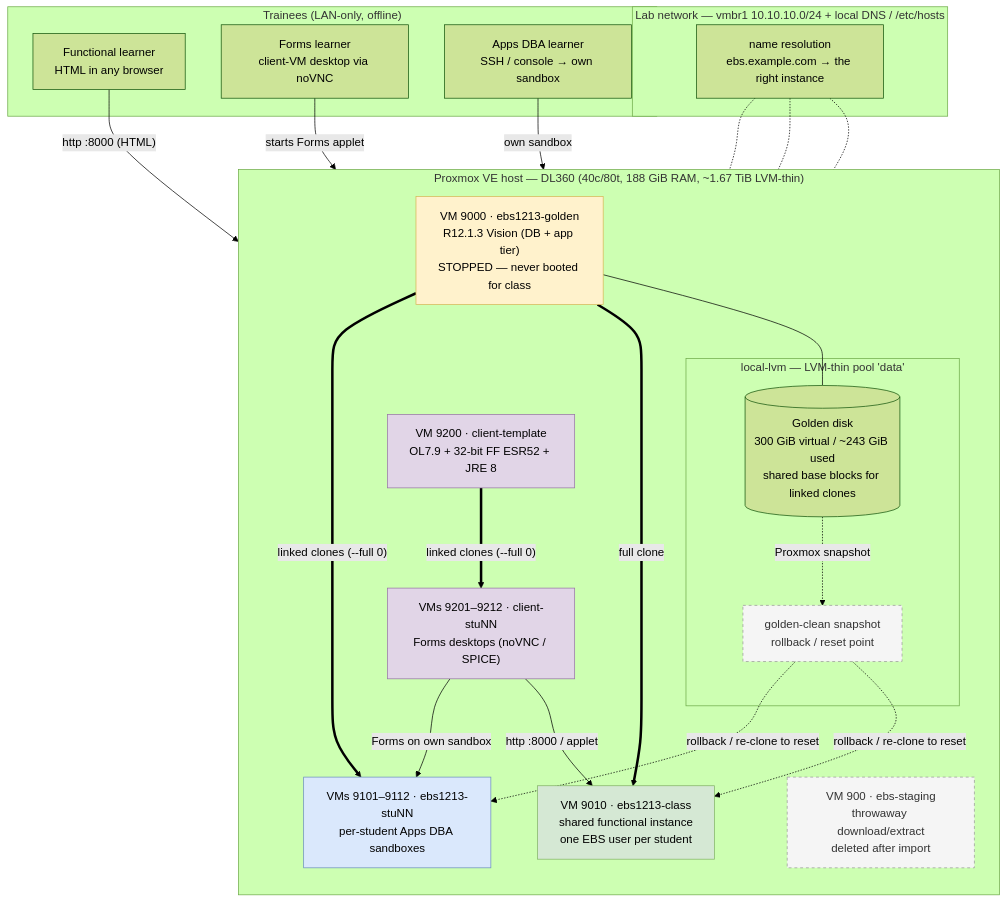
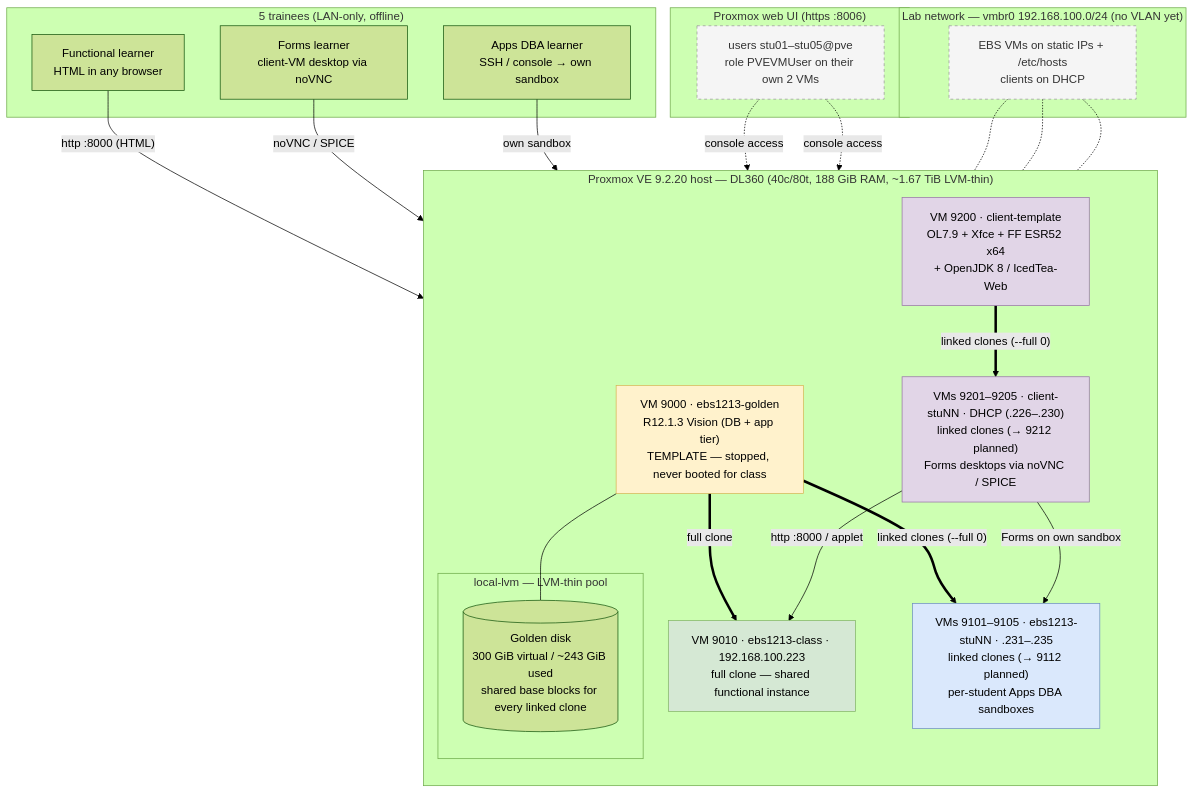
The diagram in README.md (CodelineAtyab/OracleEBSLocalHosting), drawn with Mermaid (forest theme) before and after one commit. The commit also changed other lines of this file and 5 other files, not shown here.

Commit message:
EBS setup and works for 5 trainees (extendable)

````diff
--- a/README.md
+++ b/README.md
@@ -57,57 +63,58 @@
 ```mermaid
 flowchart TB
-    subgraph HOST["Proxmox VE host — DL360 (40c/80t, 188 GiB RAM, ~1.67 TiB LVM-thin)"]
+    subgraph HOST["Proxmox VE 9.2.20 host — DL360 (40c/80t, 188 GiB RAM, ~1.67 TiB LVM-thin)"]
         direction TB
 
-        subgraph STORE["local-lvm — LVM-thin pool 'data'"]
-            GOLDDISK[("Golden disk<br/>300 GiB virtual / ~243 GiB used<br/>shared base blocks for linked clones")]
-            SNAP["golden-clean snapshot<br/>rollback / reset point"]
-            GOLDDISK -.->|"Proxmox snapshot"| SNAP
+        subgraph STORE["local-lvm — LVM-thin pool"]
+            GOLDDISK[("Golden disk<br/>300 GiB virtual / ~243 GiB used<br/>shared base blocks for every linked clone")]
         end
 
-        GOLDEN["VM 9000 · ebs1213-golden<br/>R12.1.3 Vision (DB + app tier)<br/>STOPPED — never booted for class"]
-        STAGE["VM 900 · ebs-staging<br/>throwaway download/extract<br/>deleted after import"]
+        GOLDEN["VM 9000 · ebs1213-golden<br/>R12.1.3 Vision (DB + app tier)<br/>TEMPLATE — stopped, never booted for class"]
         GOLDEN --- GOLDDISK
 
-        CLASS["VM 9010 · ebs1213-class<br/>shared functional instance<br/>one EBS user per student"]
-        EBSBOX["VMs 9101–9112 · ebs1213-stuNN<br/>per-student Apps DBA sandboxes"]
-        CTMPL["VM 9200 · client-template<br/>OL7.9 + 32-bit FF ESR52 + JRE 8"]
-        CLIENT["VMs 9201–9212 · client-stuNN<br/>Forms desktops (noVNC / SPICE)"]
+        CLASS["VM 9010 · ebs1213-class · 192.168.100.223<br/>full clone — shared functional instance"]
+        EBSBOX["VMs 9101–9105 · ebs1213-stuNN · .231–.235<br/>linked clones (→ 9112 planned)<br/>per-student Apps DBA sandboxes"]
+        CTMPL["VM 9200 · client-template<br/>OL7.9 + Xfce + FF ESR52 x64<br/>+ OpenJDK 8 / IcedTea-Web"]
+        CLIENT["VMs 9201–9205 · client-stuNN · DHCP (.226–.230)<br/>linked clones (→ 9212 planned)<br/>Forms desktops via noVNC / SPICE"]
 
         GOLDEN ==>|"full clone"| CLASS
         GOLDEN ==>|"linked clones (--full 0)"| EBSBOX
         CTMPL ==>|"linked clones (--full 0)"| CLIENT
-        SNAP -.->|"rollback / re-clone to reset"| CLASS
-        SNAP -.->|"rollback / re-clone to reset"| EBSBOX
     end
 
-    subgraph NET["Lab network — vmbr1 10.10.10.0/24 + local DNS / /etc/hosts"]
-        DNS["name resolution<br/>ebs.example.com → the right instance"]
+    subgraph NET["Lab network — vmbr0 192.168.100.0/24 (no VLAN yet)"]
+        IPADDR["EBS VMs on static IPs + /etc/hosts<br/>clients on DHCP"]
     end
 
-    subgraph WHO["Trainees (LAN-only, offline)"]
+    subgraph PVEUI["Proxmox web UI (https :8006)"]
+        USERS["users stu01–stu05@pve<br/>role PVEVMUser on their own 2 VMs"]
+    end
+
+    subgraph WHO["5 trainees (LAN-only, offline)"]
         FUNC["Functional learner<br/>HTML in any browser"]
         ADM["Apps DBA learner<br/>SSH / console → own sandbox"]
         FORM["Forms learner<br/>client-VM desktop via noVNC"]
     end
 
     FUNC -->|"http :8000 (HTML)"| CLASS
-    FORM -->|"starts Forms applet"| CLIENT
+    FORM -->|"noVNC / SPICE"| CLIENT
     CLIENT -->|"http :8000 / applet"| CLASS
     ADM -->|"own sandbox"| EBSBOX
     CLIENT -->|"Forms on own sandbox"| EBSBOX
-    DNS -.- CLASS
-    DNS -.- EBSBOX
-    DNS -.- CLIENT
+    USERS -.->|"console access"| CLIENT
+    USERS -.->|"console access"| EBSBOX
+    IPADDR -.- CLASS
+    IPADDR -.- EBSBOX
+    IPADDR -.- CLIENT
 
     classDef golden fill:#fff2cc,stroke:#d6b656,color:#000;
     classDef classv fill:#d5e8d4,stroke:#82b366,color:#000;
     classDef sandbox fill:#dae8fc,stroke:#6c8ebf,color:#000;
     classDef client fill:#e1d5e7,stroke:#9673a6,color:#000;
     classDef idle fill:#f5f5f5,stroke:#999,stroke-dasharray:4,color:#333;
     class GOLDEN golden;
     class CLASS classv;
     class EBSBOX sandbox;
     class CTMPL,CLIENT client;
-    class SNAP,STAGE idle;
+    class IPADDR,USERS idle;
 ```
````
